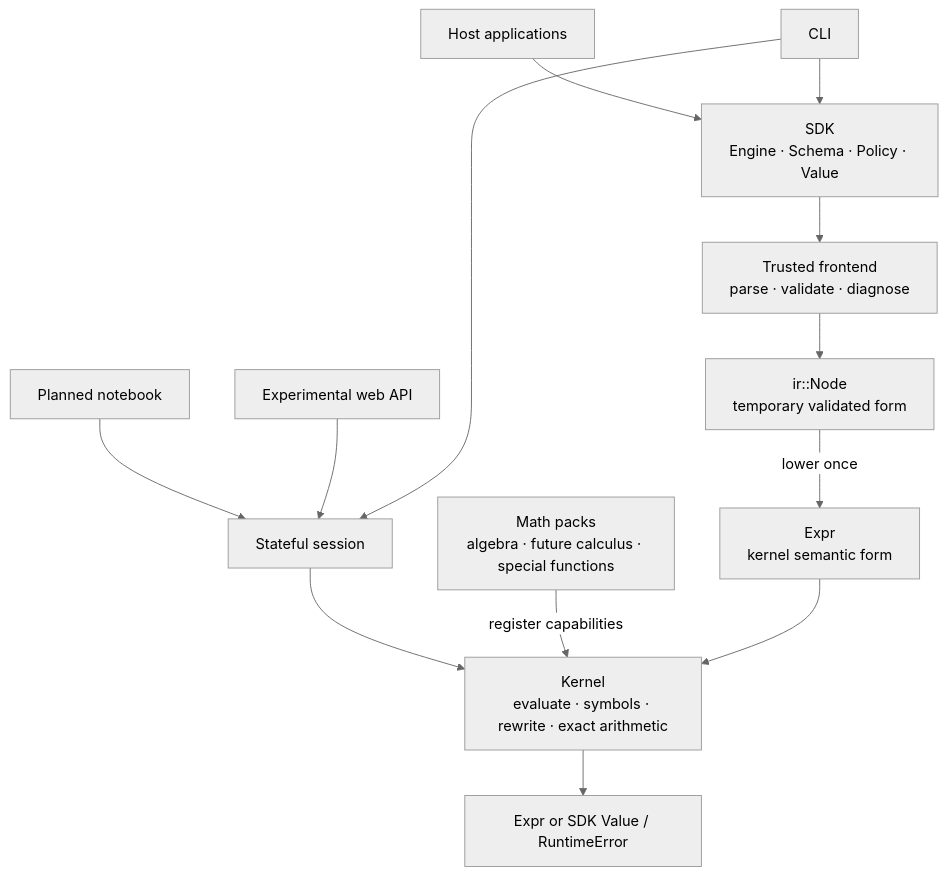
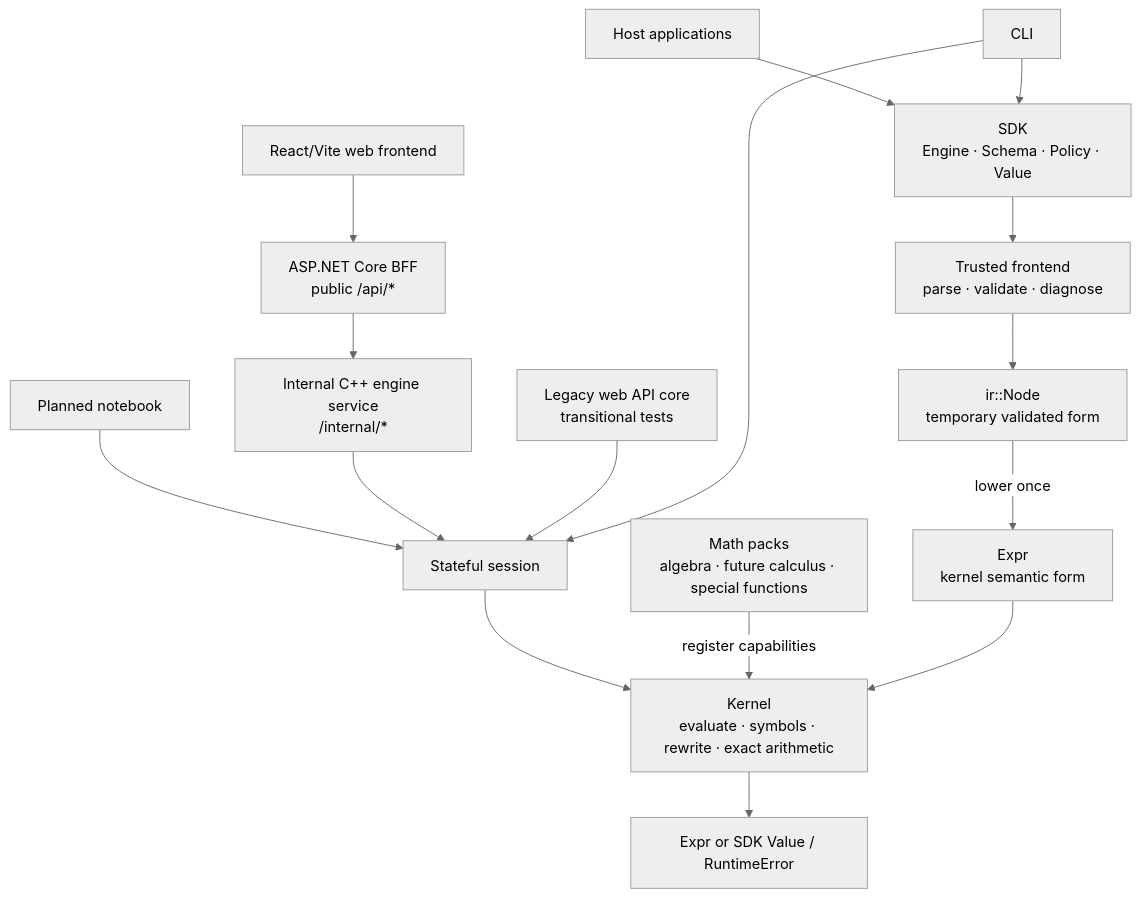
The first of 7 diagrams in docs/architecture.md (sergiorf/aleph3), drawn with Mermaid (neutral theme) before and after one commit. The commit also changed other lines of this file and 24 other files, not shown here.

Commit message:
adding bff and frontend

````diff
--- a/docs/architecture.md
+++ b/docs/architecture.md
@@ -16,15 +16,18 @@
 ```mermaid
 flowchart TB
     Host["Host applications"] --> SDK["SDK<br/>Engine · Schema · Policy · Value"]
     Notebook["Planned notebook"] --> Session["Stateful session"]
-    WebApi["Experimental web API"] --> Session
+    WebFrontend["React/Vite web frontend"] --> BFF["ASP.NET Core BFF<br/>public /api/*"]
+    BFF --> EngineSvc["Internal C++ engine service<br/>/internal/*"]
+    EngineSvc --> Session
+    WebApi["Legacy web API core<br/>transitional tests"] --> Session
     CLI["CLI"] --> Session
     Session --> Kernel
     CLI --> SDK
     SDK --> Frontend["Trusted frontend<br/>parse · validate · diagnose"]
     Frontend --> IR["ir::Node<br/>temporary validated form"]
     IR -->|lower once| Expr["Expr<br/>kernel semantic form"]
     Packs["Math packs<br/>algebra · future calculus · special functions"] -->|register capabilities| Kernel
     Expr --> Kernel["Kernel<br/>evaluate · symbols · rewrite · exact arithmetic"]
     Kernel --> Result["Expr or SDK Value / RuntimeError"]
 ```
````
